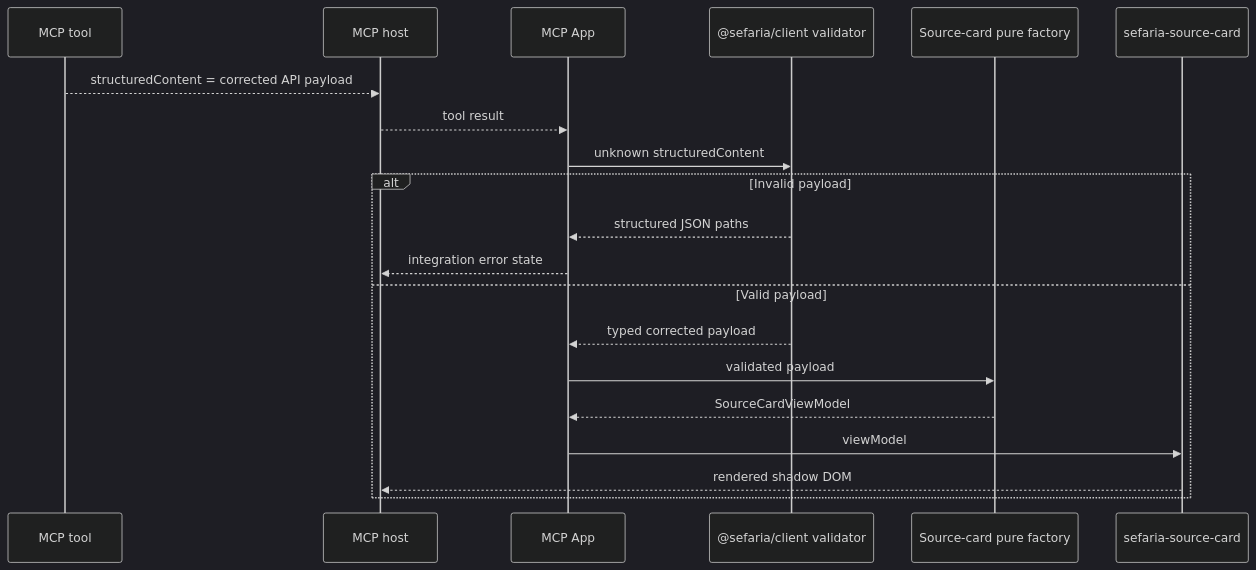
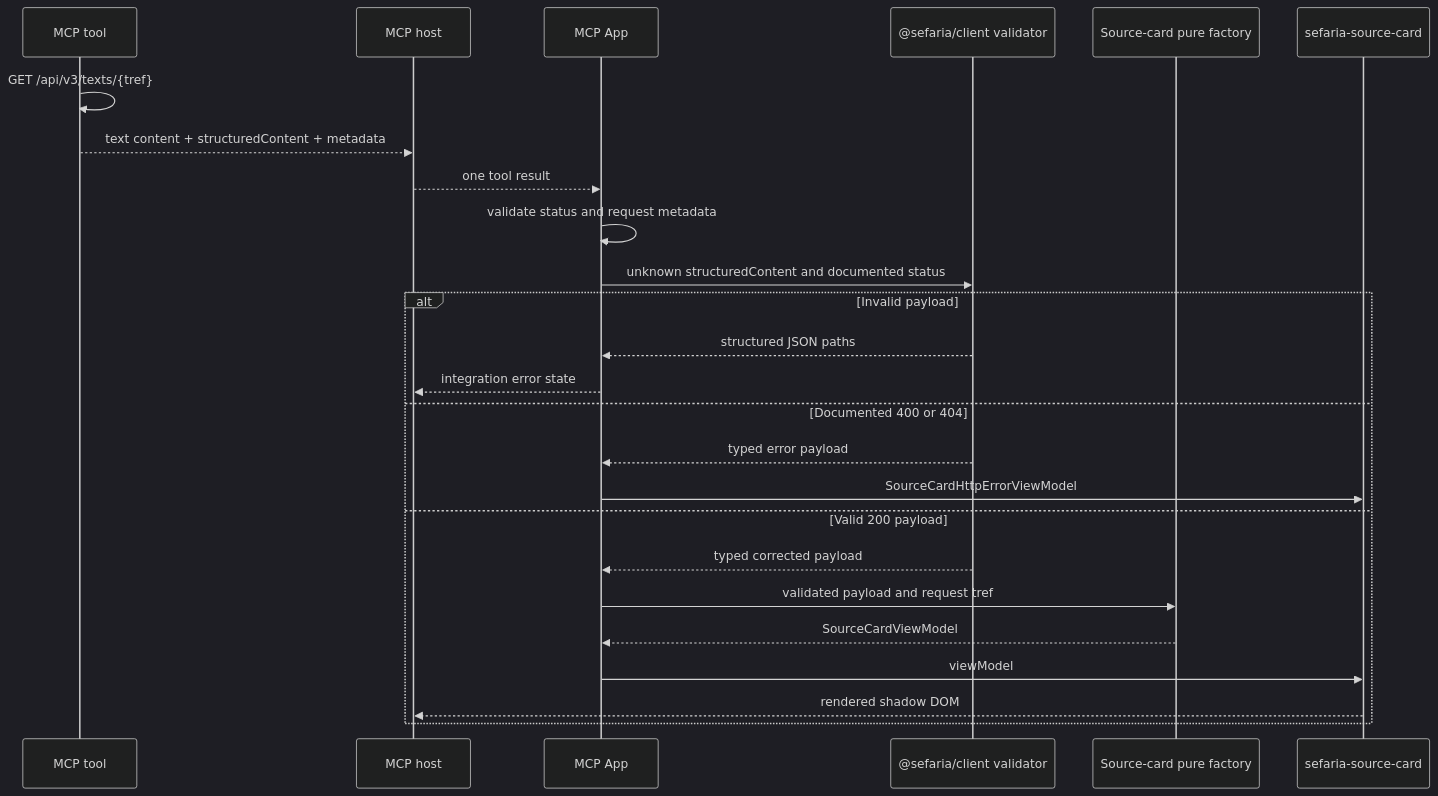
One commit to Arithmomaniac/sefaria-web-components changed the first of 2 diagrams in docs/specs/integrations.md. Above: the diagram before and after it, drawn with Mermaid (dark theme). The commit also changed other lines of this file and 31 other files, not shown here.

Commit message:
feat: add source card MCP app

````diff
--- a/docs/specs/integrations.md
+++ b/docs/specs/integrations.md
@@ -55,23 +93,28 @@
 ```mermaid
 sequenceDiagram
     participant Tool as MCP tool
     participant Host as MCP host
     participant App as MCP App
     participant Validator as @sefaria/client validator
     participant Factory as Source-card pure factory
     participant Element as sefaria-source-card
 
-    Tool-->>Host: structuredContent = corrected API payload
-    Host-->>App: tool result
-    App->>Validator: unknown structuredContent
+    Tool->>Tool: GET /api/v3/texts/{tref}
+    Tool-->>Host: text content + structuredContent + metadata
+    Host-->>App: one tool result
+    App->>App: validate status and request metadata
+    App->>Validator: unknown structuredContent and documented status
     alt Invalid payload
         Validator-->>App: structured JSON paths
         App-->>Host: integration error state
-    else Valid payload
+    else Documented 400 or 404
+        Validator-->>App: typed error payload
+        App->>Element: SourceCardHttpErrorViewModel
+    else Valid 200 payload
         Validator-->>App: typed corrected payload
-        App->>Factory: validated payload
+        App->>Factory: validated payload and request tref
         Factory-->>App: SourceCardViewModel
         App->>Element: viewModel
         Element-->>Host: rendered shadow DOM
     end
 ```
````
